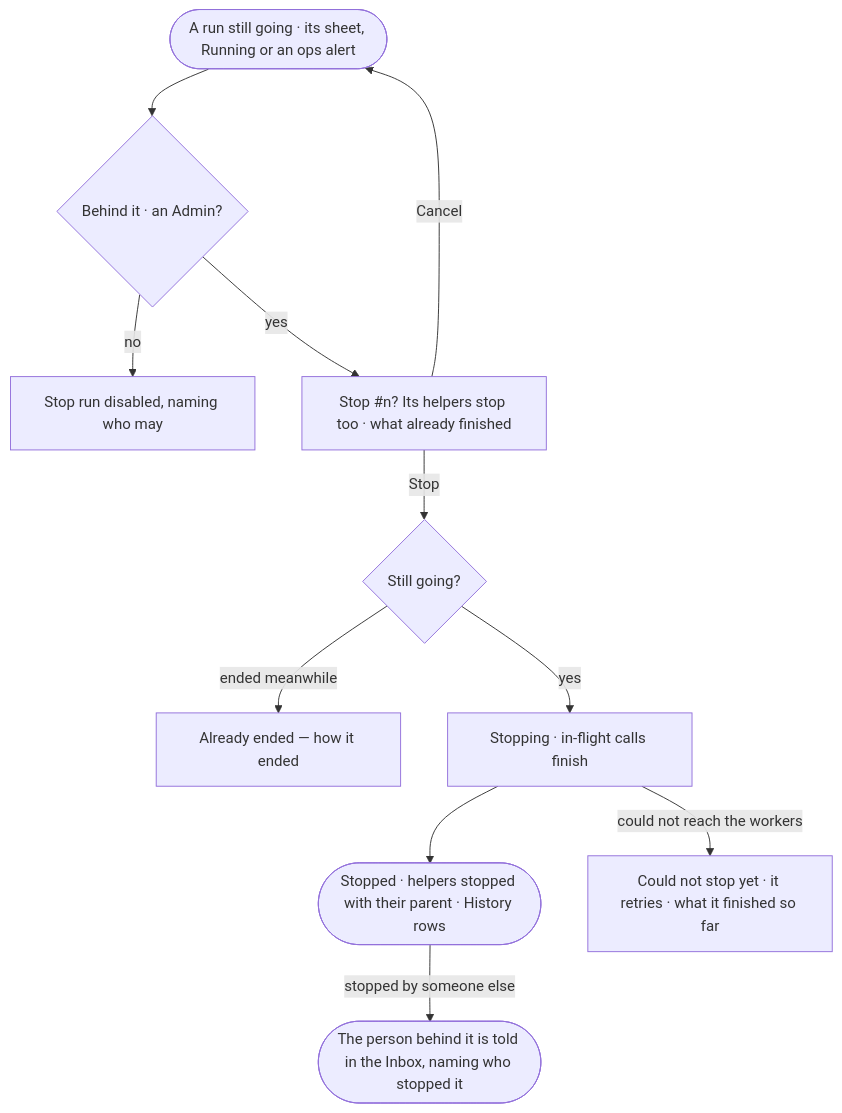
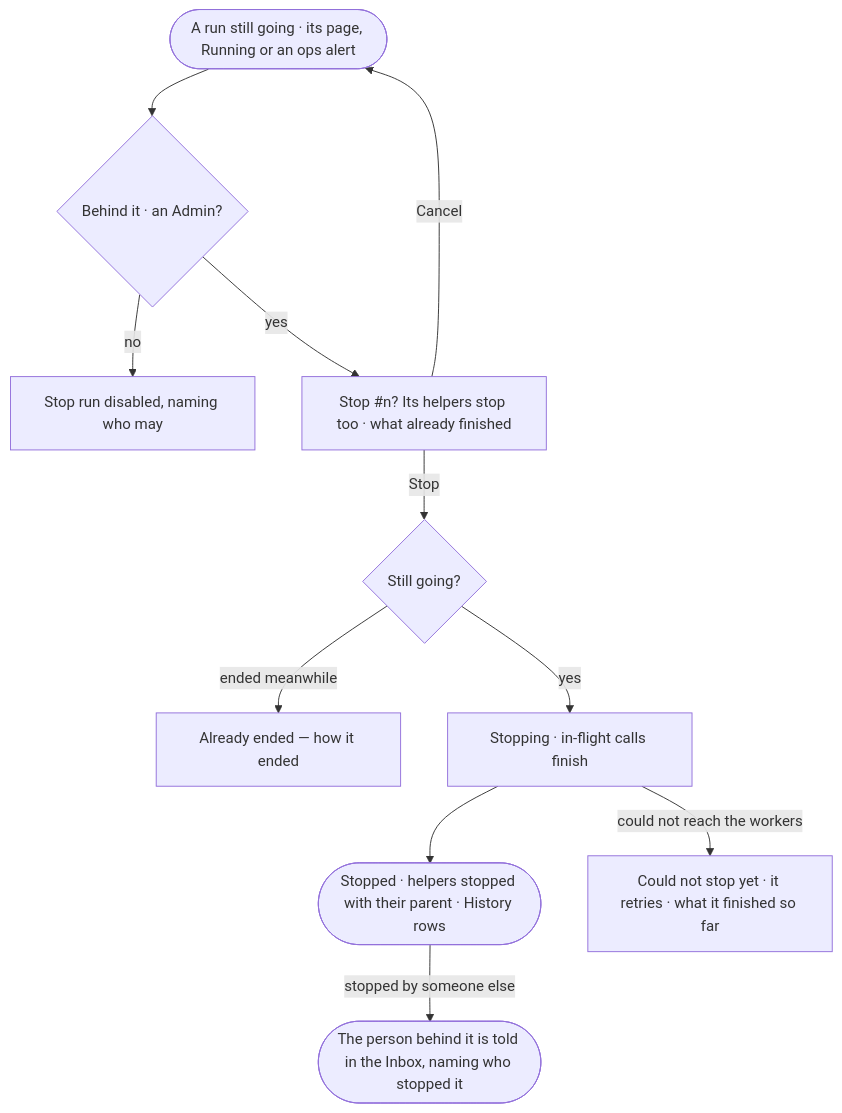
The diagram in specs/os/control/features/CP-F10-runs-and-how-the-agents-are-doing/stories/CP-58-stop-a-run-that-should-not-go-on/story.md (invana/invana), drawn with Mermaid before and after one commit. The commit also changed other lines of this file and 133 other files, not shown here.

````diff
--- a/specs/os/control/features/CP-F10-runs-and-how-the-agents-are-doing/stories/CP-58-stop-a-run-that-should-not-go-on/story.md
+++ b/specs/os/control/features/CP-F10-runs-and-how-the-agents-are-doing/stories/CP-58-stop-a-run-that-should-not-go-on/story.md
@@ -26,13 +26,13 @@
 ```mermaid
 flowchart TD
-  r([A run still going · its sheet, Running or an ops alert]) --> m{"Behind it · an Admin?"}
+  r([A run still going · its page, Running or an ops alert]) --> m{"Behind it · an Admin?"}
   m -->|no| d["Stop run disabled, naming who may"]
   m -->|yes| c["Stop #n? Its helpers stop too · what already finished"]
   c -->|Cancel| r
   c -->|Stop| s{"Still going?"}
   s -->|ended meanwhile| e["Already ended — how it ended"]
   s -->|yes| st["Stopping · in-flight calls finish"]
   st --> done(["Stopped · helpers stopped with their parent · History rows"])
   done -->|stopped by someone else| tell(["The person behind it is told in the Inbox, naming who stopped it"])
   st -->|could not reach the workers| f["Could not stop yet · it retries · what it finished so far"]
 ```
````
